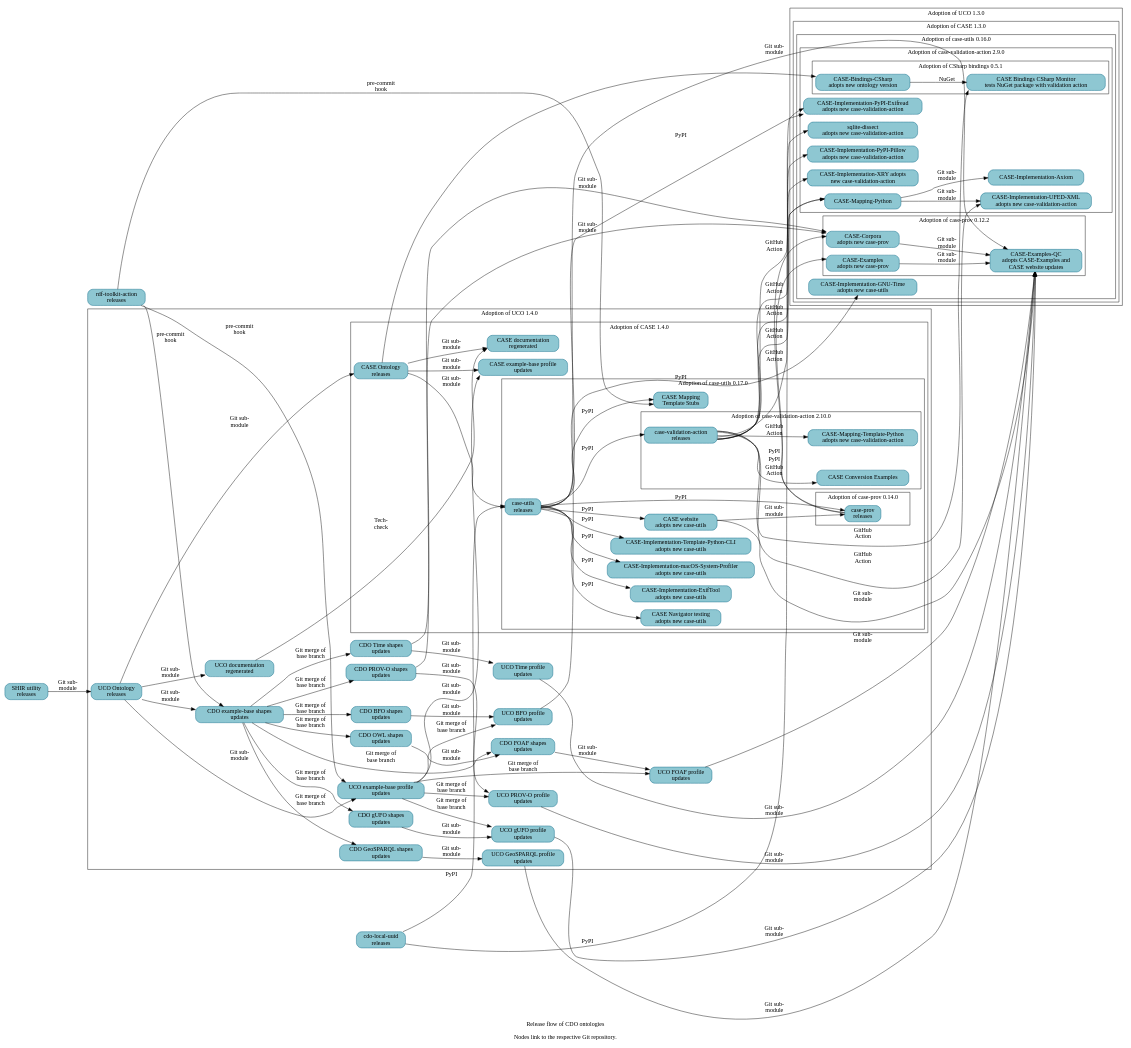
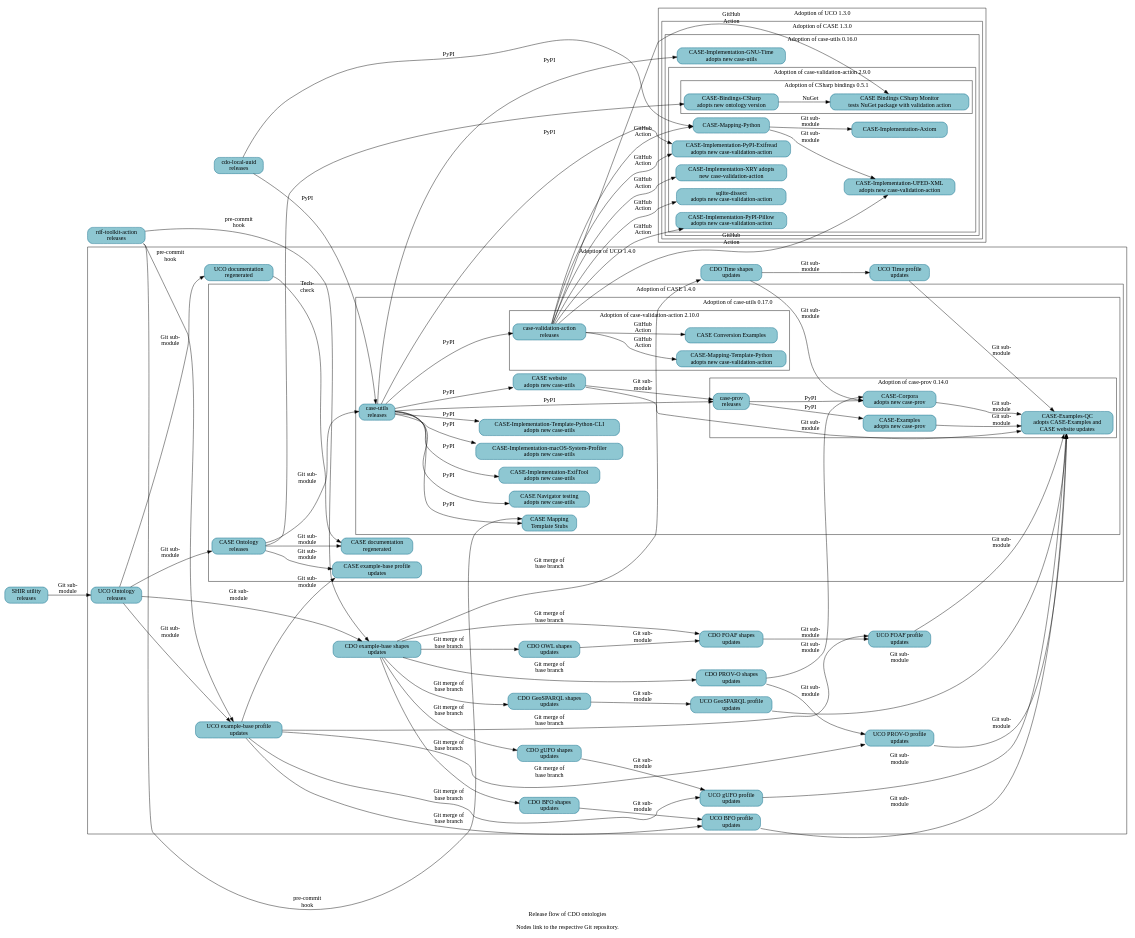
Before and after one commit to Cyber-Domain-Ontology/cdo.github.io: the diagram in resources/project_release_flow.dot, drawn with Graphviz.

Commit message:
Bump adoption of CASE 1.4.0
A follow-on patch will regenerate Make-managed files.

```diff
--- a/resources/project_release_flow.dot
+++ b/resources/project_release_flow.dot
@@ -17,14 +17,6 @@
         label = "Adoption of case-utils 0.16.0" ;
 
         _GH__CASEWORK__CASE_IMPLEMENTATION_GNU_TIME [URL="https://github.com/casework/CASE-Implementation-GNU-Time" label="CASE-Implementation-GNU-Time\nadopts new case-utils"] ;
-
-        subgraph cluster_case_prov_0_12_2 {
-          label = "Adoption of case-prov 0.12.2" ;
-
-          _GH__AJNELSON_NIST__CASE_EXAMPLES_QC [URL="https://github.com/ajnelson-nist/CASE-Examples-QC" label="CASE-Examples-QC\nadopts CASE-Examples and\nCASE website updates"] ;
-          _GH__CASEWORK__CASE_CORPORA [URL="https://github.com/casework/CASE-Corpora" label="CASE-Corpora\nadopts new case-prov"] ;
-          _GH__CASEWORK__CASE_EXAMPLES [URL="https://github.com/casework/CASE-Examples" label="CASE-Examples\nadopts new case-prov"] ;
-        }
 
         subgraph cluster_case_validation_action_2_9_0 {
           label = "Adoption of case-validation-action 2.9.0" ;
@@ -90,6 +82,9 @@
         subgraph cluster_case_prov_0_14_0 {
           label = "Adoption of case-prov 0.14.0" ;
 
+          _GH__AJNELSON_NIST__CASE_EXAMPLES_QC [URL="https://github.com/ajnelson-nist/CASE-Examples-QC" label="CASE-Examples-QC\nadopts CASE-Examples and\nCASE website updates"] ;
+          _GH__CASEWORK__CASE_CORPORA [URL="https://github.com/casework/CASE-Corpora" label="CASE-Corpora\nadopts new case-prov"] ;
+          _GH__CASEWORK__CASE_EXAMPLES [URL="https://github.com/casework/CASE-Examples" label="CASE-Examples\nadopts new case-prov"] ;
           _GH__CASEWORK__CASE_IMPLEMENTATION_PROV_O [URL="https://github.com/casework/CASE-Implementation-PROV-O" label="case-prov\nreleases"] ;
         }
 
```
